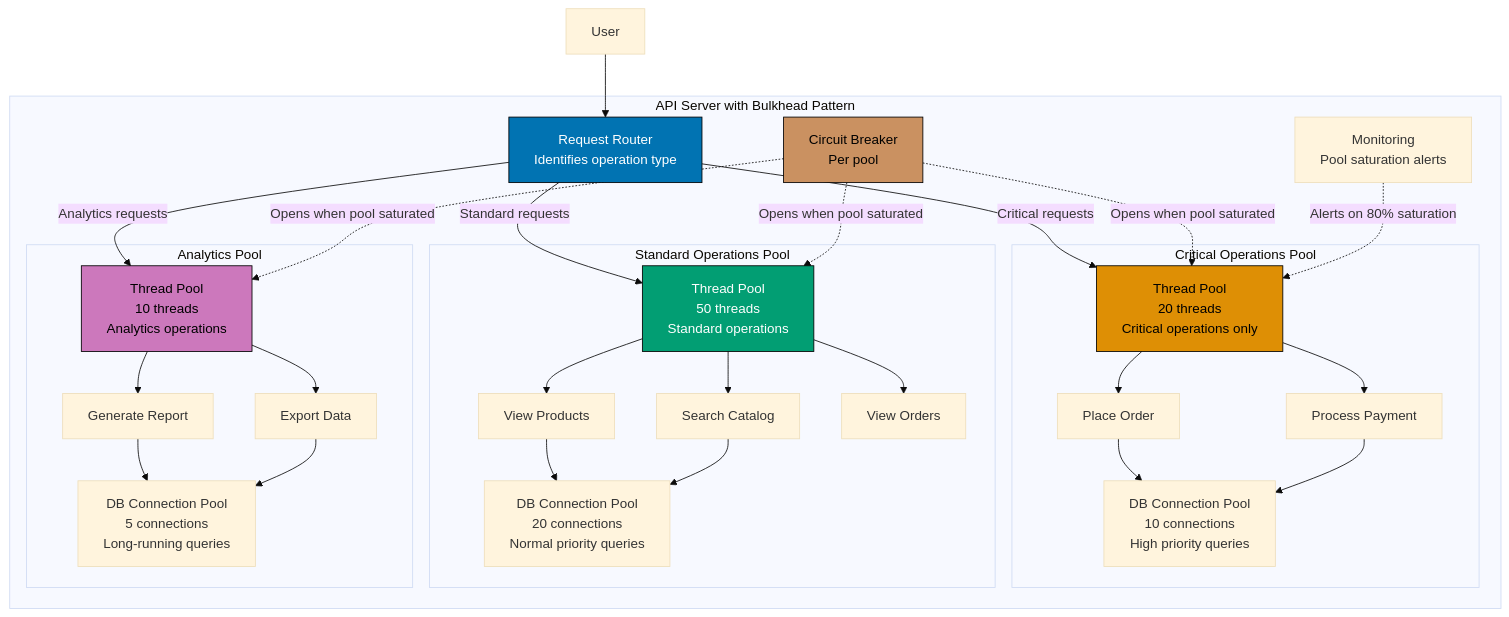
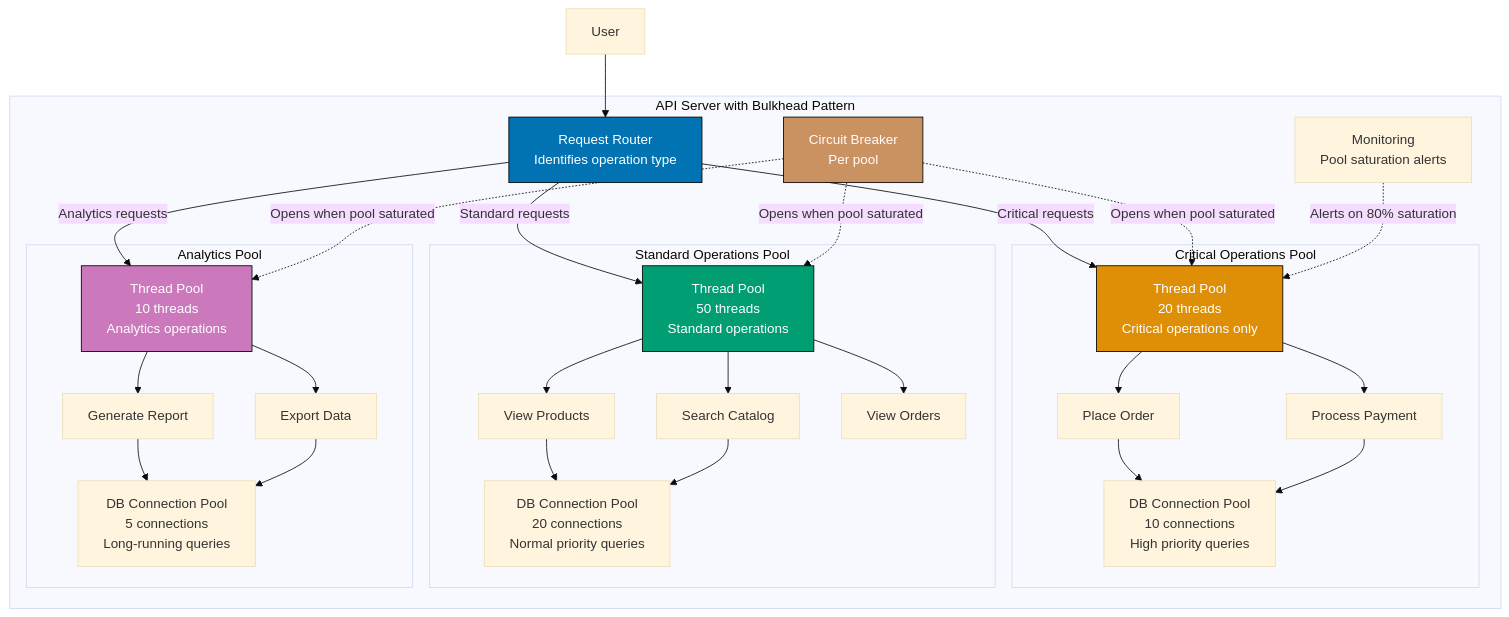
Before and after one commit to wahidyankf/open-sharia-enterprise: diagram 16 of 24 in apps/ayokoding-web/content/en/learn/software-engineering/architecture/c4-architecture-model/by-example/advanced.md, drawn with Mermaid (base theme). The commit also changed other lines of this file and 61 other files, not shown here.

First line of the commit message:
fix(ayokoding-web): quote Mermaid node labels with special characters in Example 63

````diff
--- a/apps/ayokoding-web/content/en/learn/software-engineering/architecture/c4-architecture-model/by-example/advanced.md
+++ b/apps/ayokoding-web/content/en/learn/software-engineering/architecture/c4-architecture-model/by-example/advanced.md
@@ -1460,68 +1460,68 @@
 ```mermaid
 graph TD
     subgraph "API Server with Bulkhead Pattern"
         RequestRouter["Request Router<br/>Identifies operation type"]
 
         subgraph "Critical Operations Pool"
             CriticalThreads["Thread Pool<br/>20 threads<br/>Critical operations only"]
             CriticalConnections["DB Connection Pool<br/>10 connections<br/>High priority queries"]
 
             PlaceOrder["Place Order"]
             ProcessPayment["Process Payment"]
         end
 
         subgraph "Standard Operations Pool"
             StandardThreads["Thread Pool<br/>50 threads<br/>Standard operations"]
             StandardConnections["DB Connection Pool<br/>20 connections<br/>Normal priority queries"]
 
             ViewProducts["View Products"]
             SearchCatalog["Search Catalog"]
             ViewOrders["View Orders"]
         end
 
         subgraph "Analytics Pool"
             AnalyticsThreads["Thread Pool<br/>10 threads<br/>Analytics operations"]
             AnalyticsConnections["DB Connection Pool<br/>5 connections<br/>Long-running queries"]
 
             GenerateReport["Generate Report"]
             ExportData["Export Data"]
         end
 
         CircuitBreaker["Circuit Breaker<br/>Per pool"]
         Monitoring["Monitoring<br/>Pool saturation alerts"]
     end
 
     User["User"] --> RequestRouter
 
     RequestRouter -->|"Critical requests"| CriticalThreads
     RequestRouter -->|"Standard requests"| StandardThreads
     RequestRouter -->|"Analytics requests"| AnalyticsThreads
 
     CriticalThreads --> PlaceOrder
     CriticalThreads --> ProcessPayment
     PlaceOrder --> CriticalConnections
     ProcessPayment --> CriticalConnections
 
     StandardThreads --> ViewProducts
     StandardThreads --> SearchCatalog
     StandardThreads --> ViewOrders
     ViewProducts --> StandardConnections
     SearchCatalog --> StandardConnections
 
     AnalyticsThreads --> GenerateReport
     AnalyticsThreads --> ExportData
     GenerateReport --> AnalyticsConnections
     ExportData --> AnalyticsConnections
 
     CircuitBreaker -.->|"Opens when pool saturated"| CriticalThreads
     CircuitBreaker -.->|"Opens when pool saturated"| StandardThreads
     CircuitBreaker -.->|"Opens when pool saturated"| AnalyticsThreads
 
     Monitoring -.->|"Alerts on 80% saturation"| CriticalThreads
 
     style RequestRouter fill:#0173B2,stroke:#000,color:#fff
-    style CriticalThreads fill:#DE8F05,stroke:#000,color:#000
+    style CriticalThreads fill:#DE8F05,stroke:#000,color:#fff
     style StandardThreads fill:#029E73,stroke:#000,color:#fff
-    style AnalyticsThreads fill:#CC78BC,stroke:#000,color:#000
-    style CircuitBreaker fill:#CA9161,stroke:#000,color:#000
+    style AnalyticsThreads fill:#CC78BC,stroke:#000,color:#fff
+    style CircuitBreaker fill:#CA9161,stroke:#000,color:#fff
 ```
````
